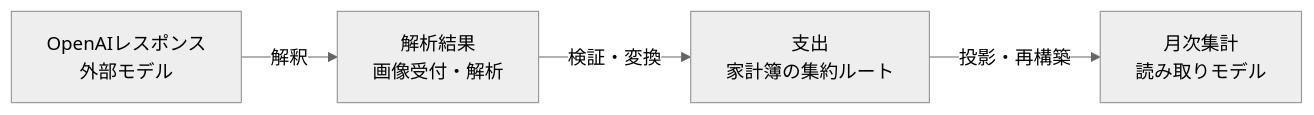
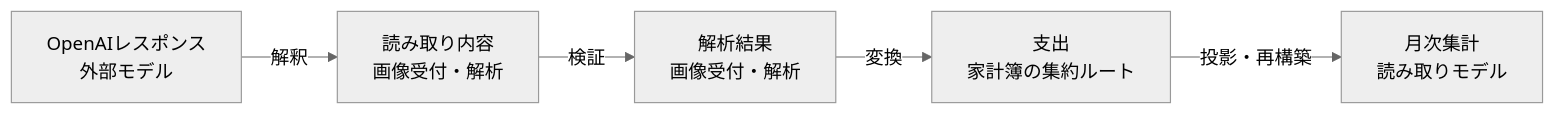
One commit to shrimptails-f/snap_kakeibo changed the fourth of 4 diagrams in docs/ddd/domain-model-diagram.md. Above: the diagram before and after it, drawn with Mermaid (neutral theme). The commit also changed other lines of this file and 161 other files, not shown here.

````diff
--- a/docs/ddd/domain-model-diagram.md
+++ b/docs/ddd/domain-model-diagram.md
@@ -210,11 +220,13 @@
 ```mermaid
 flowchart LR
     External[OpenAIレスポンス<br/>外部モデル]
+    Reading[読み取り内容<br/>画像受付・解析]
     Result[解析結果<br/>画像受付・解析]
     Expense[支出<br/>家計簿の集約ルート]
     Summary[月次集計<br/>読み取りモデル]
 
-    External -- 解釈 --> Result
-    Result -- 検証・変換 --> Expense
+    External -- 解釈 --> Reading
+    Reading -- 検証 --> Result
+    Result -- 変換 --> Expense
     Expense -- 投影・再構築 --> Summary
 ```
````
